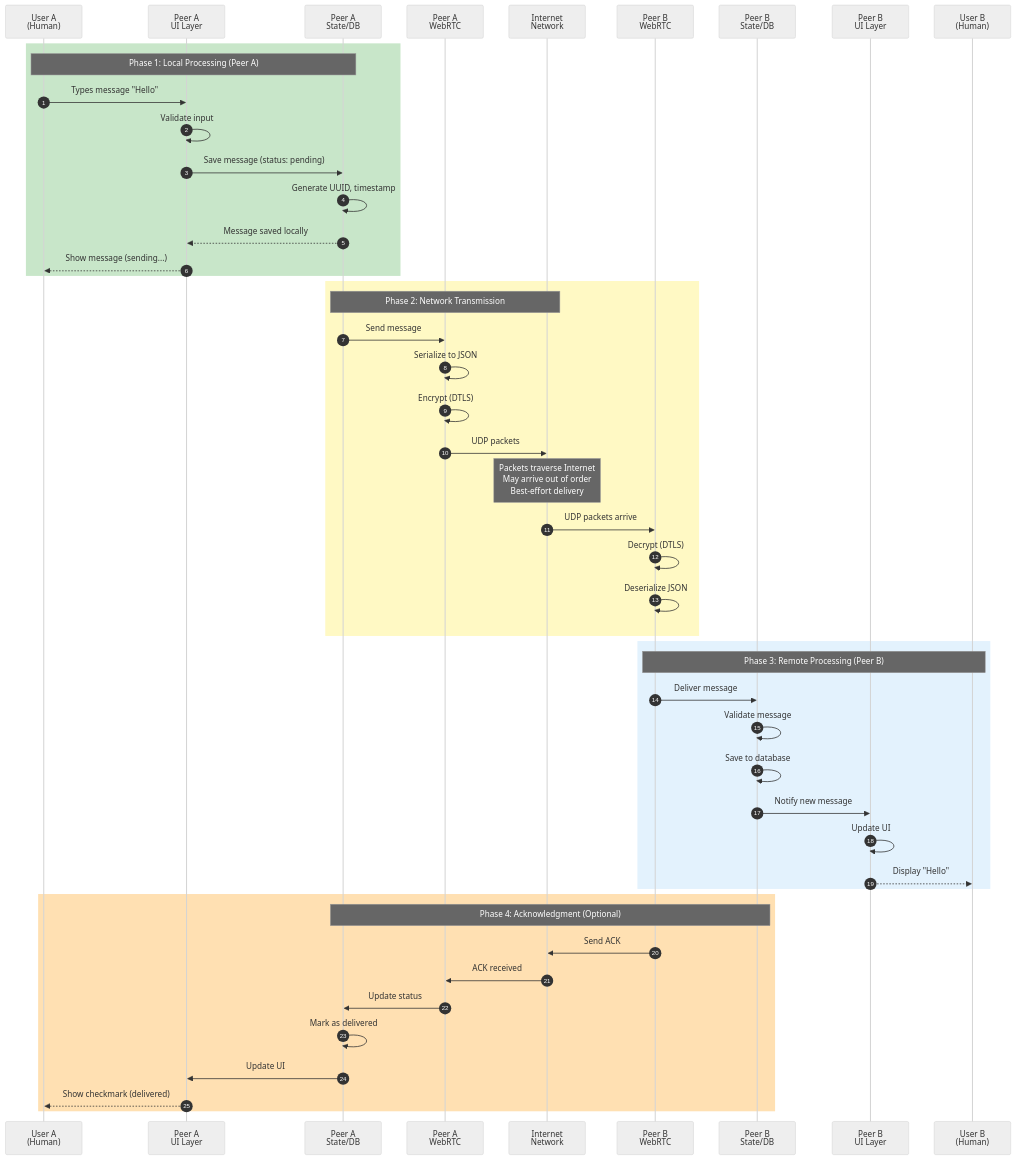
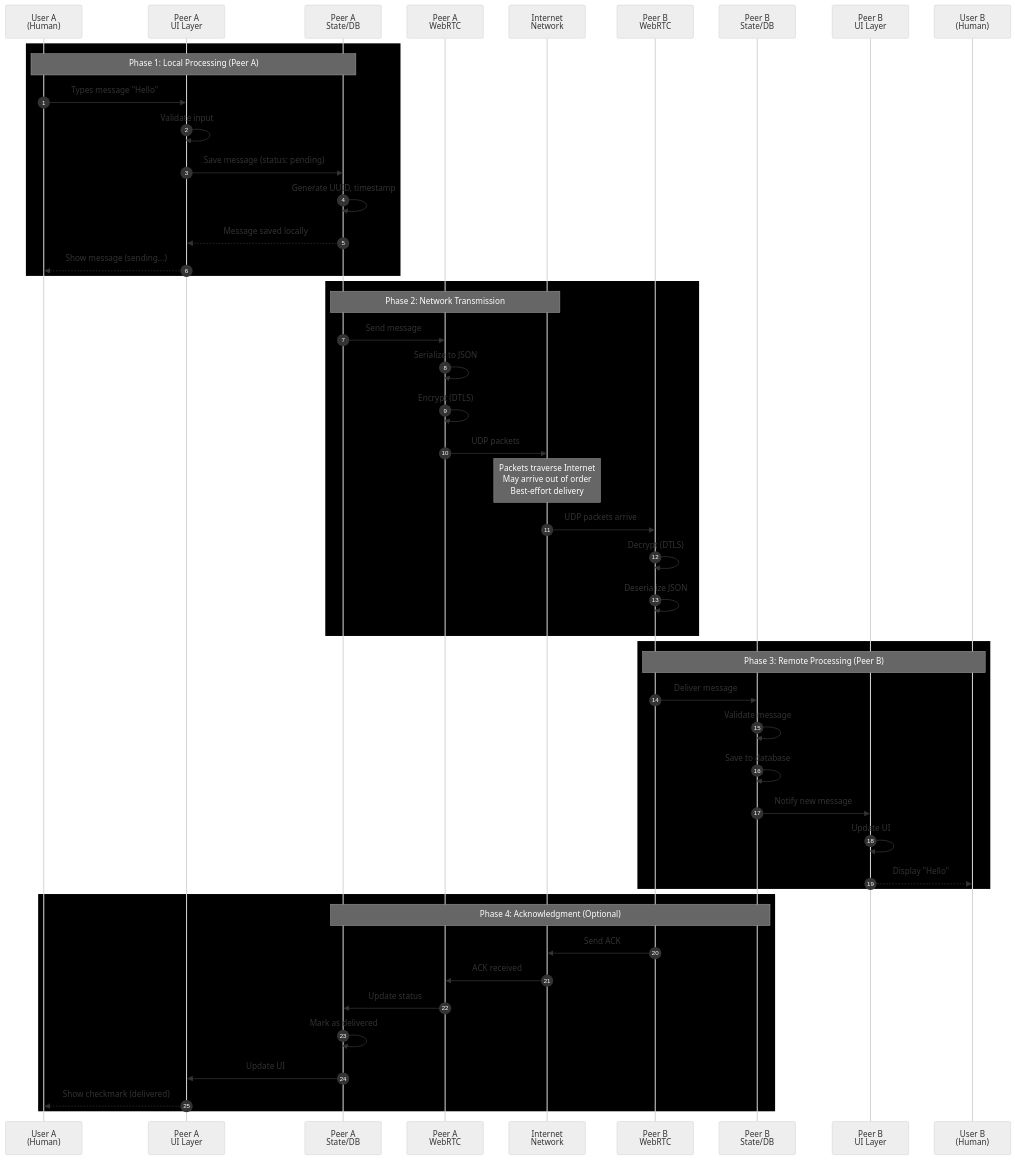
Before and after one commit to amr-kasem/distributed-systems-flutter-chat-peer: the third of 10 diagrams in reference_docs/DISTRIBUTED_SYSTEMS_DIAGRAMS.md, drawn with Mermaid (neutral theme). The commit also changed other lines of this file and 7 other files, not shown here.

Commit message:
solved issues with diagrams

````diff
--- a/reference_docs/DISTRIBUTED_SYSTEMS_DIAGRAMS.md
+++ b/reference_docs/DISTRIBUTED_SYSTEMS_DIAGRAMS.md
@@ -158,58 +158,58 @@
 ```mermaid
 sequenceDiagram
     autonumber
     
     participant U1 as User A<br/>(Human)
     participant A_UI as Peer A<br/>UI Layer
     participant A_State as Peer A<br/>State/DB
     participant A_WebRTC as Peer A<br/>WebRTC
     participant Network as Internet<br/>Network
     participant B_WebRTC as Peer B<br/>WebRTC
     participant B_State as Peer B<br/>State/DB
     participant B_UI as Peer B<br/>UI Layer
     participant U2 as User B<br/>(Human)
     
-    rect rgb(200, 230, 201)
+    rect rgb("200, 230, 201")
         Note over U1,A_State: Phase 1: Local Processing (Peer A)
         U1->>A_UI: Types message "Hello"
         A_UI->>A_UI: Validate input
         A_UI->>A_State: Save message (status: pending)
         A_State->>A_State: Generate UUID, timestamp
         A_State-->>A_UI: Message saved locally
         A_UI-->>U1: Show message (sending...)
     end
     
-    rect rgb(255, 249, 196)
+    rect rgb("255, 249, 196")
         Note over A_State,Network: Phase 2: Network Transmission
         A_State->>A_WebRTC: Send message
         A_WebRTC->>A_WebRTC: Serialize to JSON
         A_WebRTC->>A_WebRTC: Encrypt (DTLS)
         A_WebRTC->>Network: UDP packets
         
         Note over Network: Packets traverse Internet<br/>May arrive out of order<br/>Best-effort delivery
         
         Network->>B_WebRTC: UDP packets arrive
         B_WebRTC->>B_WebRTC: Decrypt (DTLS)
         B_WebRTC->>B_WebRTC: Deserialize JSON
     end
     
-    rect rgb(227, 242, 253)
+    rect rgb("227, 242, 253")
         Note over B_WebRTC,U2: Phase 3: Remote Processing (Peer B)
         B_WebRTC->>B_State: Deliver message
         B_State->>B_State: Validate message
         B_State->>B_State: Save to database
         B_State->>B_UI: Notify new message
         B_UI->>B_UI: Update UI
         B_UI-->>U2: Display "Hello"
     end
     
-    rect rgb(255, 224, 178)
+    rect rgb("255, 224, 178")
         Note over B_State,A_State: Phase 4: Acknowledgment (Optional)
         B_WebRTC->>Network: Send ACK
         Network->>A_WebRTC: ACK received
         A_WebRTC->>A_State: Update status
         A_State->>A_State: Mark as delivered
         A_State->>A_UI: Update UI
         A_UI-->>U1: Show checkmark (delivered)
     end
 ```
````
